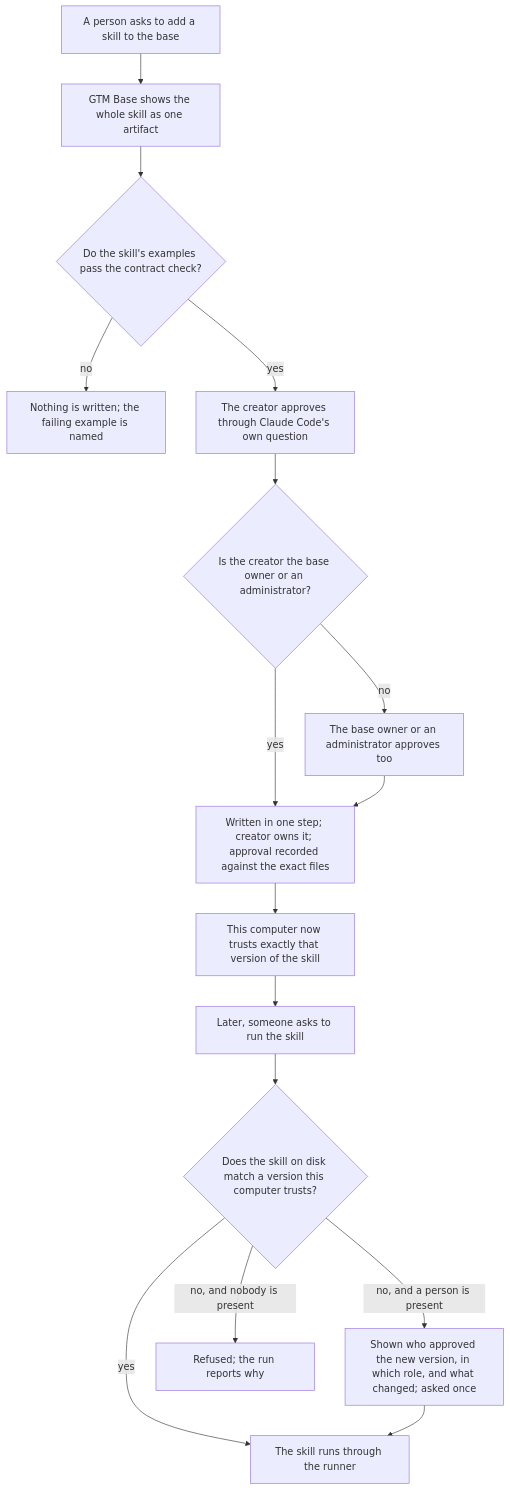
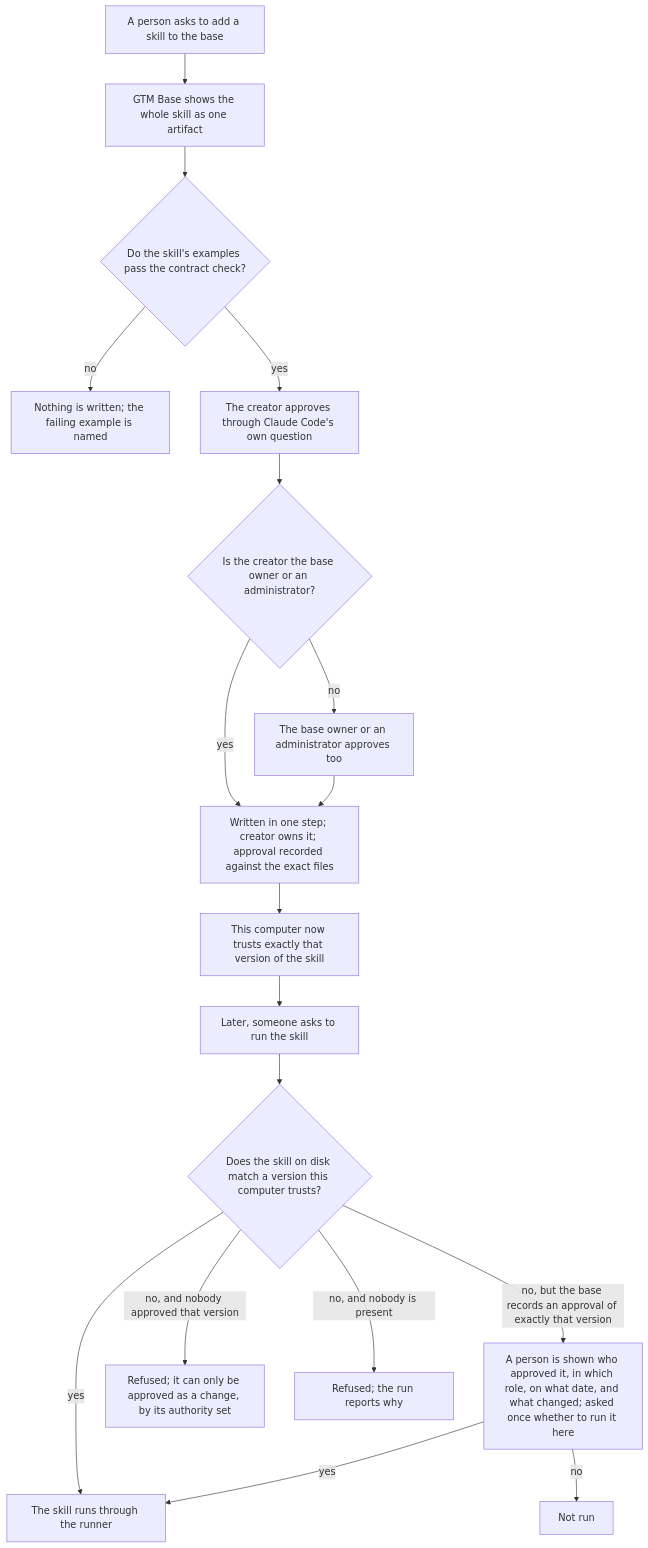
The diagram in docs/brainstorms/2026-10-10-company-skills-requirements.md (brandon-sellers13/gtm-base), drawn with Mermaid before and after one commit. The commit also changed other lines of this file and 3 other files, not shown here.

````diff
--- a/docs/brainstorms/2026-10-10-company-skills-requirements.md
+++ b/docs/brainstorms/2026-10-10-company-skills-requirements.md
@@ -23,16 +25,19 @@
 ```mermaid
 flowchart TB
     A[A person asks to add a skill to the base] --> B[GTM Base shows the whole skill as one artifact]
     B --> C{Do the skill's examples pass the contract check?}
     C -- no --> X[Nothing is written; the failing example is named]
     C -- yes --> D[The creator approves through Claude Code's own question]
     D --> E{Is the creator the base owner or an administrator?}
     E -- yes --> G[Written in one step; creator owns it; approval recorded against the exact files]
     E -- no --> F[The base owner or an administrator approves too] --> G
     G --> H[This computer now trusts exactly that version of the skill]
     H --> I[Later, someone asks to run the skill]
     I --> J{Does the skill on disk match a version this computer trusts?}
     J -- yes --> K[The skill runs through the runner]
-    J -- no, and a person is present --> L[Shown who approved the new version, in which role, and what changed; asked once] --> K
+    J -- no, but the base records an approval of exactly that version --> L[A person is shown who approved it, in which role, on what date, and what changed; asked once whether to run it here]
+    L -- yes --> K
+    L -- no --> O[Not run]
+    J -- no, and nobody approved that version --> N[Refused; it can only be approved as a change, by its authority set]
     J -- no, and nobody is present --> M[Refused; the run reports why]
 ```
````
